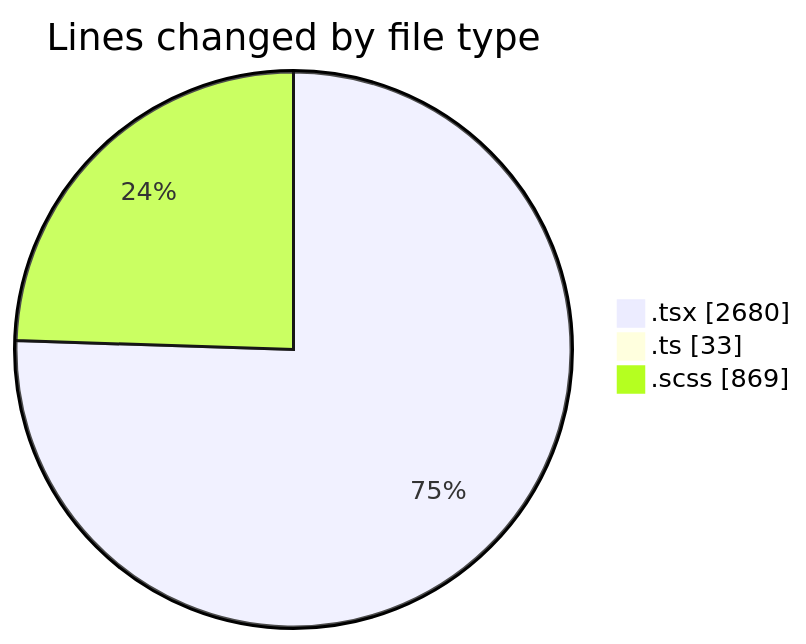
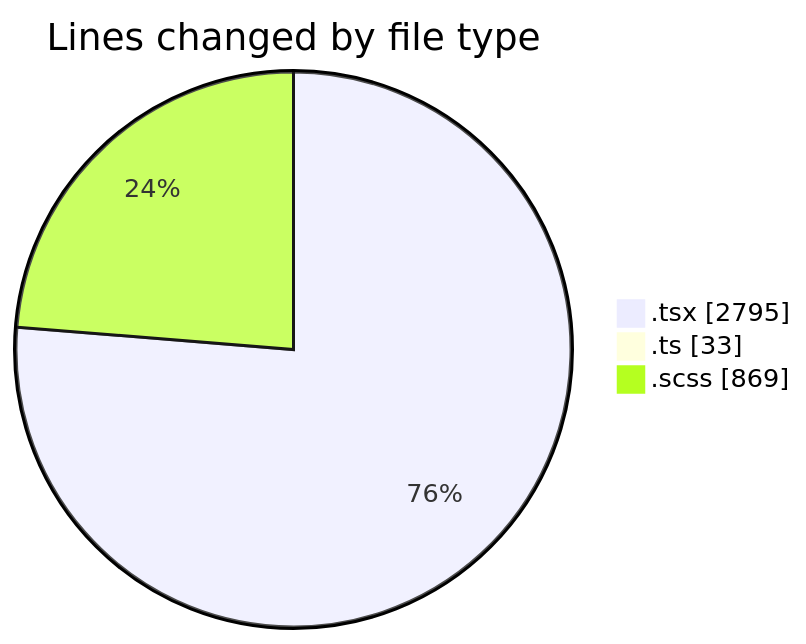
The first of 2 diagrams in 2025-02-12/cda/README.md (momahboobian/code-tracking), drawn with Mermaid before and after one commit. The commit also changed other lines of this file and 1 other file, not shown here.

````diff
--- a/2025-02-12/cda/README.md
+++ b/2025-02-12/cda/README.md
@@ -29,7 +30,7 @@
 ```mermaid
 pie showData
 title Lines changed by file type
-".tsx" : 2680
+".tsx" : 2795
 ".ts" : 33
 ".scss" : 869
 ```
````
